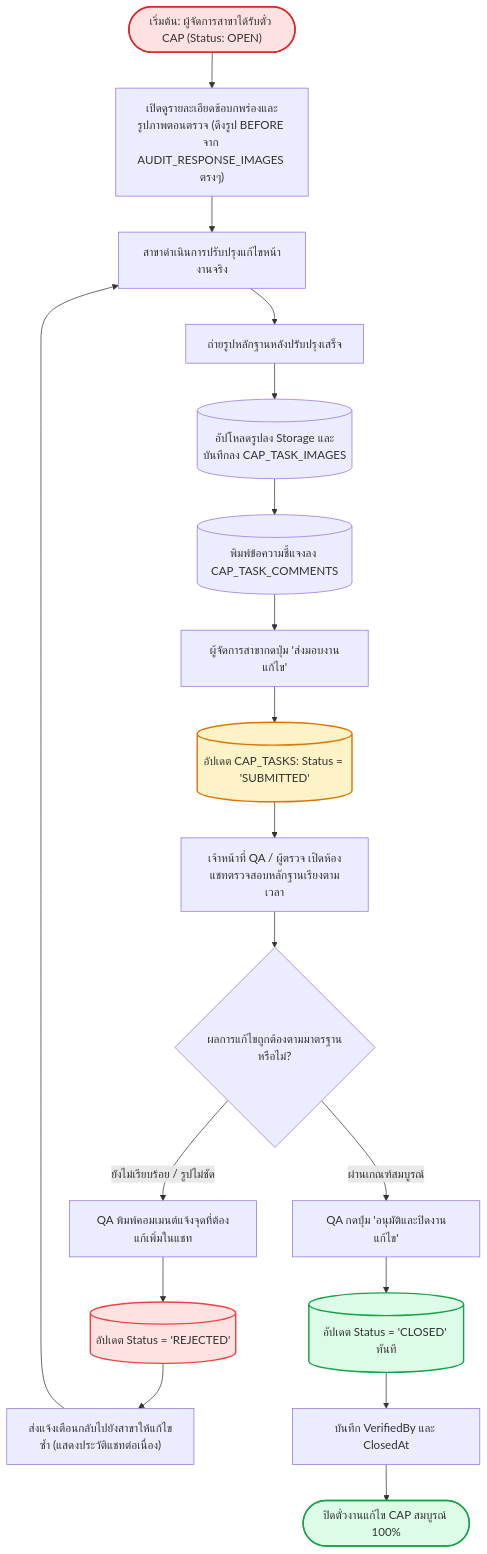
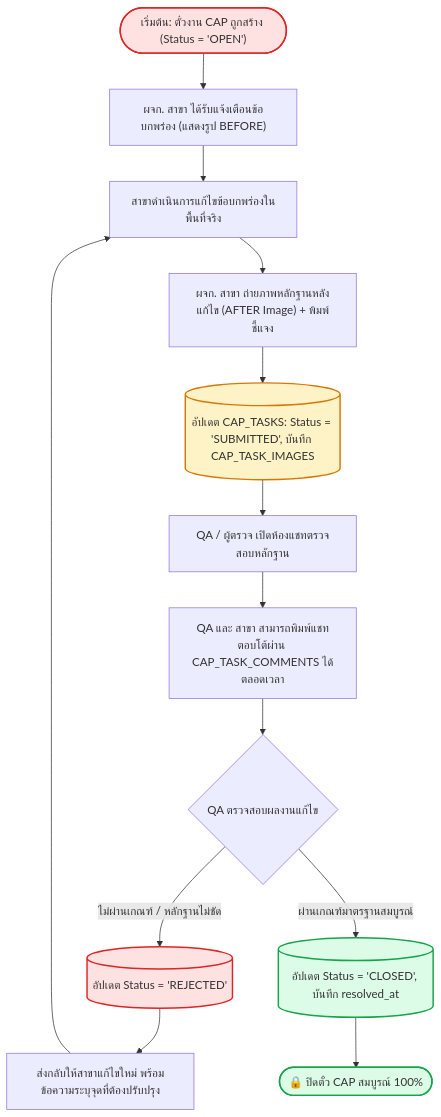
Before and after one commit to jirawat659/qsc-system: the fourth of 5 diagrams in SYSTEM_FLOWCHARTS.md, drawn with Mermaid. The commit also changed other lines of this file and 4 other files, not shown here.

Commit message:
docs: update PROJECT_STATUS, FLOWCHARTS, and DATA_DICTIONARY to v2.8

````diff
--- a/SYSTEM_FLOWCHARTS.md
+++ b/SYSTEM_FLOWCHARTS.md
@@ -170,33 +147,27 @@
 ```mermaid
 flowchart TD
-    StartCAP(["เริ่มต้น: ผู้จัดการสาขาได้รับตั๋ว CAP (Status: OPEN)"]) --> ViewDetail["เปิดดูรายละเอียดข้อบกพร่องและรูปภาพตอนตรวจ (ดึงรูป BEFORE จาก AUDIT_RESPONSE_IMAGES ตรงๆ)"]
+    CAPStart(["เริ่มต้น: ตั๋วงาน CAP ถูกสร้าง (Status = 'OPEN')"]) --> AuditeeNotify["ผจก. สาขา ได้รับแจ้งเตือนข้อบกพร่อง (แสดงรูป BEFORE)"]
     
-    ViewDetail --> BranchAction["สาขาดำเนินการปรับปรุงแก้ไขหน้างานจริง"]
-    BranchAction --> TakePhoto["ถ่ายรูปหลักฐานหลังปรับปรุงเสร็จ"]
+    AuditeeNotify --> AuditeeAction["สาขาดำเนินการแก้ไขข้อบกพร่องในพื้นที่จริง"]
+    AuditeeAction --> AuditeeSubmit["ผจก. สาขา ถ่ายภาพหลักฐานหลังแก้ไข (AFTER Image) + พิมพ์ชี้แจง"]
     
-    TakePhoto --> UploadAfterImg[("อัปโหลดรูปลง Storage และบันทึกลง CAP_TASK_IMAGES")]
-    UploadAfterImg --> ChatMsg[("พิมพ์ข้อความชี้แจงลง CAP_TASK_COMMENTS")]
+    AuditeeSubmit --> SaveSubmitted[("อัปเดต CAP_TASKS: Status = 'SUBMITTED', บันทึก CAP_TASK_IMAGES")]
     
-    ChatMsg --> SubmitCapBtn["ผู้จัดการสาขากดปุ่ม 'ส่งมอบงานแก้ไข'"]
-    SubmitCapBtn --> UpdateStatusSub[("อัปเดต CAP_TASKS: Status = 'SUBMITTED'")]
+    SaveSubmitted --> QAReview["QA / ผู้ตรวจ เปิดห้องแชทตรวจสอบหลักฐาน"]
+    QAReview --> ChatMessage["QA และ สาขา สามารถพิมพ์แชทตอบโต้ผ่าน CAP_TASK_COMMENTS ได้ตลอดเวลา"]
     
-    UpdateStatusSub --> QAReview["เจ้าหน้าที่ QA / ผู้ตรวจ เปิดห้องแชทตรวจสอบหลักฐานเรียงตามเวลา"]
+    ChatMessage --> QAApproveChoice{"QA ตรวจสอบผลงานแก้ไข"}
     
-    QAReview --> QAInspect{"ผลการแก้ไขถูกต้องตามมาตรฐานหรือไม่?"}
+    QAApproveChoice -->|"ไม่ผ่านเกณฑ์ / หลักฐานไม่ชัด"| StatusRejected[("อัปเดต Status = 'REJECTED'")]
+    StatusRejected --> NotifyFixAgain["ส่งกลับให้สาขาแก้ไขใหม่ พร้อมข้อความระบุจุดที่ต้องปรับปรุง"]
+    NotifyFixAgain --> AuditeeAction
     
-    QAInspect -->|"ยังไม่เรียบร้อย / รูปไม่ชัด"| RejectAction["QA พิมพ์คอมเมนต์แจ้งจุดที่ต้องแก้เพิ่มในแชท"]
-    RejectAction --> StatusRejected[("อัปเดต Status = 'REJECTED'")]
-    StatusRejected --> NotifyBranchReject["ส่งแจ้งเตือนกลับไปยังสาขาให้แก้ไขซ้ำ (แสดงประวัติแชทต่อเนื่อง)"]
-    NotifyBranchReject --> BranchAction
-    
-    QAInspect -->|"ผ่านเกณฑ์สมบูรณ์"| ApproveAction["QA กดปุ่ม 'อนุมัติและปิดงานแก้ไข'"]
-    ApproveAction --> StatusClosed[("อัปเดต Status = 'CLOSED' ทันที")]
-    StatusClosed --> RecordVerifier["บันทึก VerifiedBy และ ClosedAt"]
-    RecordVerifier --> EndCAP(["ปิดตั๋วงานแก้ไข CAP สมบูรณ์ 100%"])
+    QAApproveChoice -->|"ผ่านเกณฑ์มาตรฐานสมบูรณ์"| StatusClosed[("อัปเดต Status = 'CLOSED', บันทึก resolved_at")]
+    StatusClosed --> EndCAP(["🔒 ปิดตั๋ว CAP สมบูรณ์ 100%"])
 
-    style StartCAP fill:#fee2e2,stroke:#dc2626,stroke-width:2px
-    style UpdateStatusSub fill:#fef3c7,stroke:#d97706,stroke-width:2px
-    style StatusRejected fill:#fee2e2,stroke:#ef4444,stroke-width:2px
+    style CAPStart fill:#fee2e2,stroke:#dc2626,stroke-width:2px
+    style SaveSubmitted fill:#fef3c7,stroke:#d97706,stroke-width:2px
+    style StatusRejected fill:#fee2e2,stroke:#dc2626,stroke-width:2px
     style StatusClosed fill:#dcfce7,stroke:#16a34a,stroke-width:2px
     style EndCAP fill:#dcfce7,stroke:#16a34a,stroke-width:2px
 ```
````
